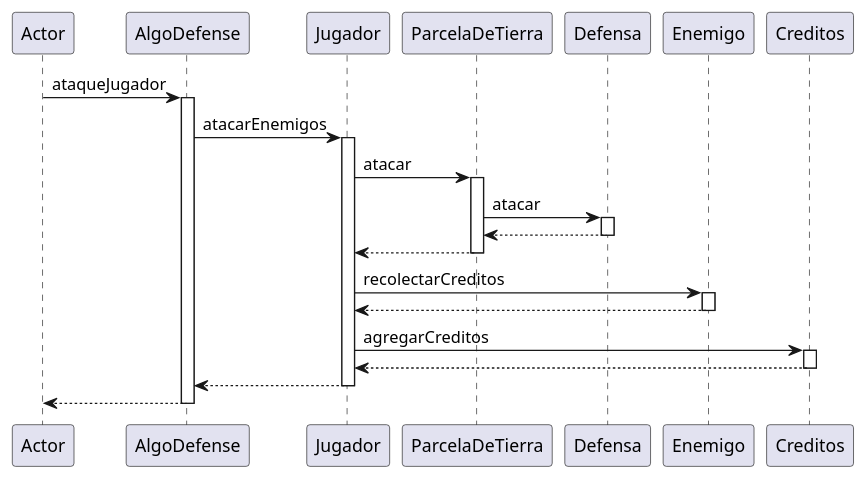
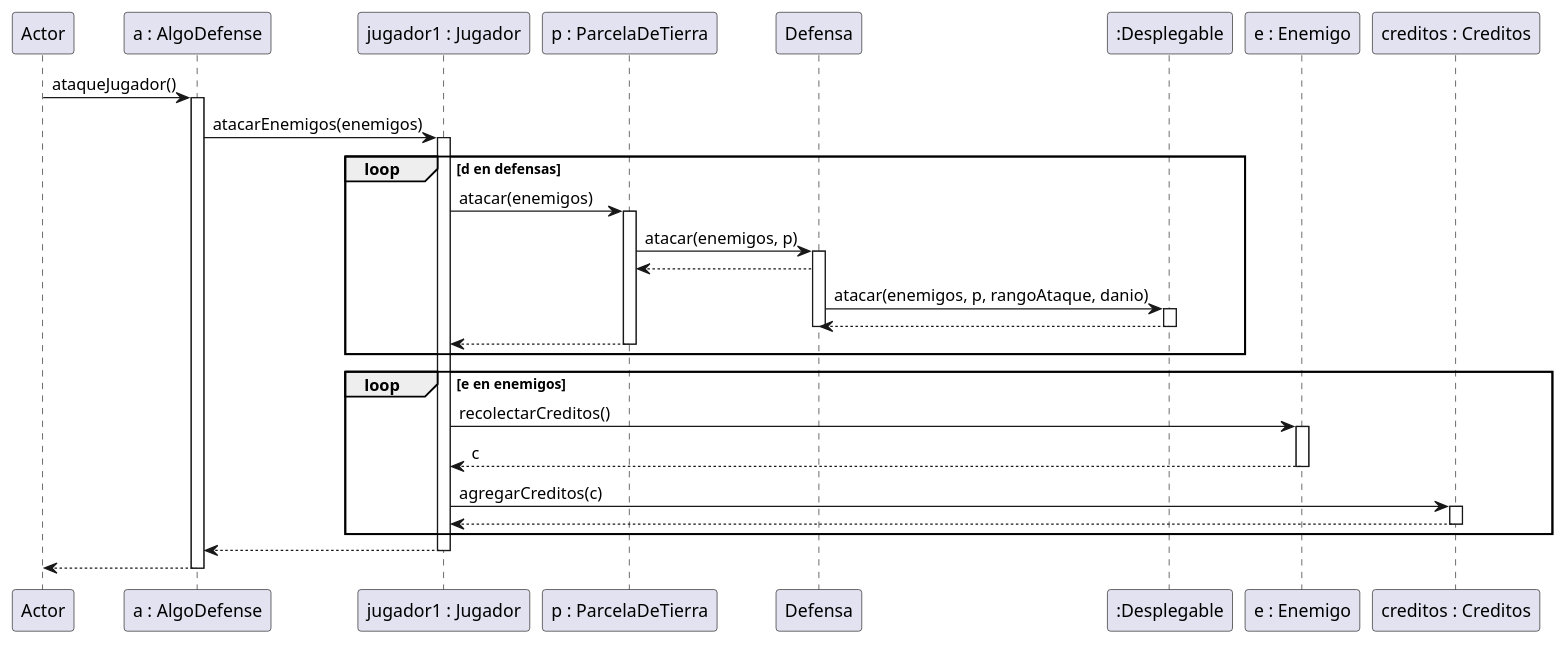
Before and after one commit to juanignaciogiacobbe/AlgoDefense_TP2: the diagram in diagrams/sequences/01AlgoDefense_ataqueJugador.puml, drawn with PlantUML. The commit also changed 5 other files, not shown here.

Commit message:
actualizacion de algunos diagramas

```diff
--- a/diagrams/sequences/01AlgoDefense_ataqueJugador.puml
+++ b/diagrams/sequences/01AlgoDefense_ataqueJugador.puml
@@ -1,26 +1,38 @@
 @startuml
 participant Actor
-Actor -> AlgoDefense : ataqueJugador
-activate AlgoDefense
-AlgoDefense -> Jugador : atacarEnemigos
-activate Jugador
-Jugador -> ParcelaDeTierra : atacar
-activate ParcelaDeTierra
-ParcelaDeTierra -> Defensa : atacar
-activate Defensa
-Defensa --> ParcelaDeTierra
-deactivate Defensa
-ParcelaDeTierra --> Jugador
-deactivate ParcelaDeTierra
-Jugador -> Enemigo : recolectarCreditos
-activate Enemigo
-Enemigo --> Jugador
-deactivate Enemigo
-Jugador -> Creditos : agregarCreditos
-activate Creditos
-Creditos --> Jugador
-deactivate Creditos
-Jugador --> AlgoDefense
-deactivate Jugador
+Actor -> "a : AlgoDefense" : ataqueJugador()
+activate "a : AlgoDefense"
+"a : AlgoDefense" -> "jugador1 : Jugador" : atacarEnemigos(enemigos)
+activate "jugador1 : Jugador"
+
+loop d en defensas
+            "jugador1 : Jugador" -> "p : ParcelaDeTierra" : atacar(enemigos)
+            activate "p : ParcelaDeTierra"
+            "p : ParcelaDeTierra" -> Defensa : atacar(enemigos, p)
+            activate Defensa
+            Defensa --> "p : ParcelaDeTierra"
+            Defensa -> ":Desplegable" : atacar(enemigos, p, rangoAtaque, danio)
+            activate ":Desplegable"
+            ":Desplegable" --> Defensa
+            deactivate ":Desplegable"
+            deactivate Defensa
+
+            "p : ParcelaDeTierra" --> "jugador1 : Jugador"
+            deactivate "p : ParcelaDeTierra"
+        end
+
+loop e en enemigos
+          "jugador1 : Jugador" -> "e : Enemigo" : recolectarCreditos()
+          activate "e : Enemigo"
+          "e : Enemigo" --> "jugador1 : Jugador" : c
+          deactivate "e : Enemigo"
+          "jugador1 : Jugador" -> "creditos : Creditos" : agregarCreditos(c)
+          activate "creditos : Creditos"
+          "creditos : Creditos" --> "jugador1 : Jugador"
+          deactivate "creditos : Creditos"
+        end
+
+"jugador1 : Jugador" --> "a : AlgoDefense"
+deactivate "jugador1 : Jugador"
 return
 @enduml
```
